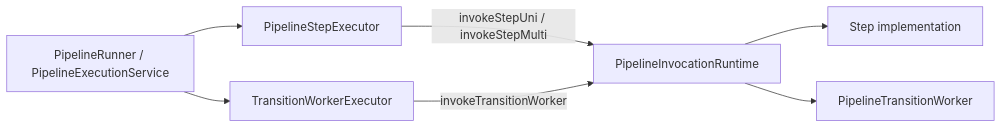
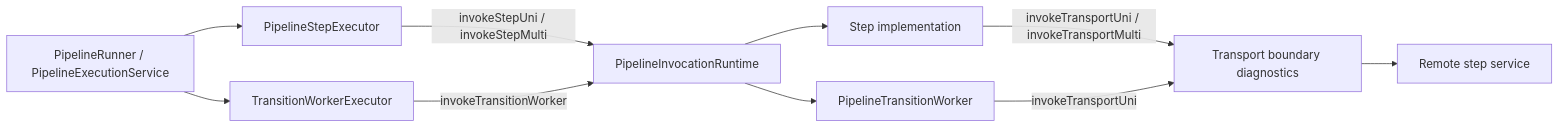
One commit to The-Pipeline-Framework/pipelineframework changed the diagram in docs/guide/evolve/durable-coordinator/boundary-invocation-model.md. Above: the diagram before and after it, drawn with Mermaid. The commit also changed other lines of this file and 16 other files, not shown here.

Commit message:
Add transport-boundary invocation diagnostics

````diff
--- a/docs/guide/evolve/durable-coordinator/boundary-invocation-model.md
+++ b/docs/guide/evolve/durable-coordinator/boundary-invocation-model.md
@@ -16,16 +17,21 @@
 ```mermaid
 flowchart LR
     Runner["PipelineRunner / PipelineExecutionService"]
     StepExecutor["PipelineStepExecutor"]
     WorkerExecutor["TransitionWorkerExecutor"]
     Invocation["PipelineInvocationRuntime"]
+    Transport["Transport boundary diagnostics"]
     Step["Step implementation"]
     Worker["PipelineTransitionWorker"]
+    RemoteStep["Remote step service"]
 
     Runner --> StepExecutor
     Runner --> WorkerExecutor
     StepExecutor -->|"invokeStepUni / invokeStepMulti"| Invocation
     WorkerExecutor -->|"invokeTransitionWorker"| Invocation
     Invocation --> Step
     Invocation --> Worker
+    Step -->|"invokeTransportUni / invokeTransportMulti"| Transport
+    Worker -->|"invokeTransportUni"| Transport
+    Transport --> RemoteStep
 ```
````
